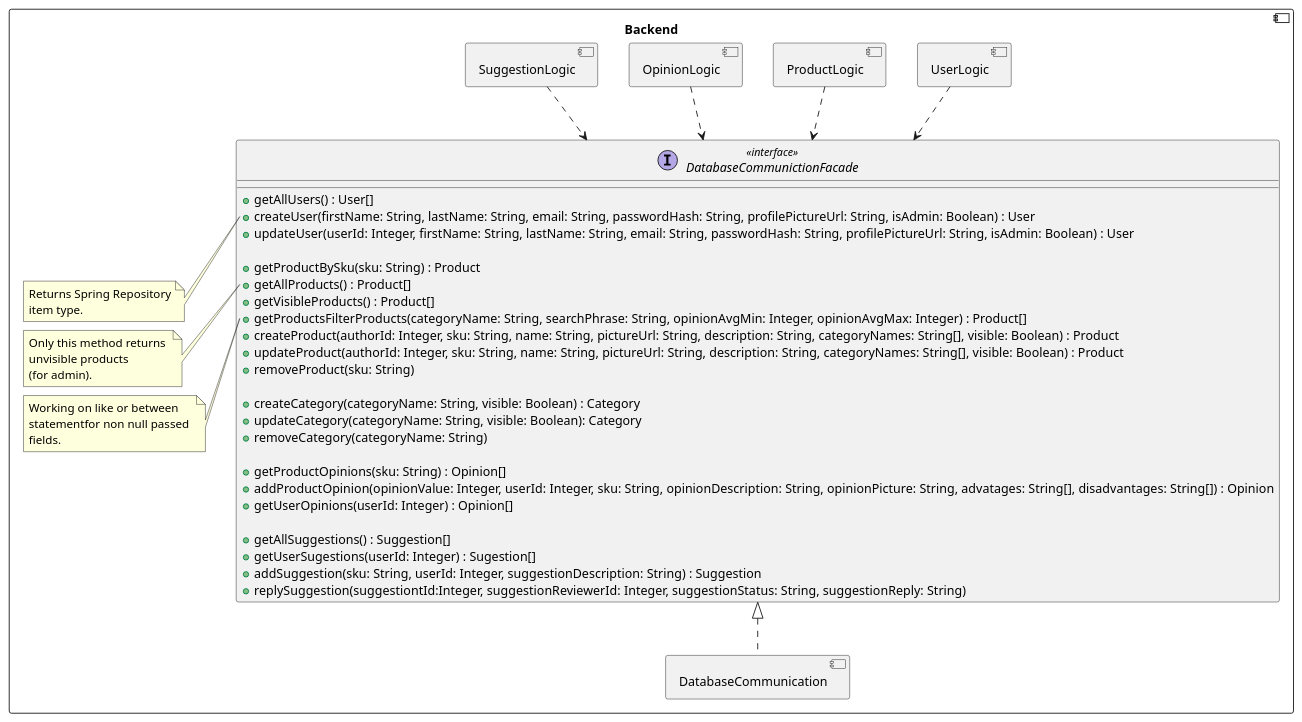
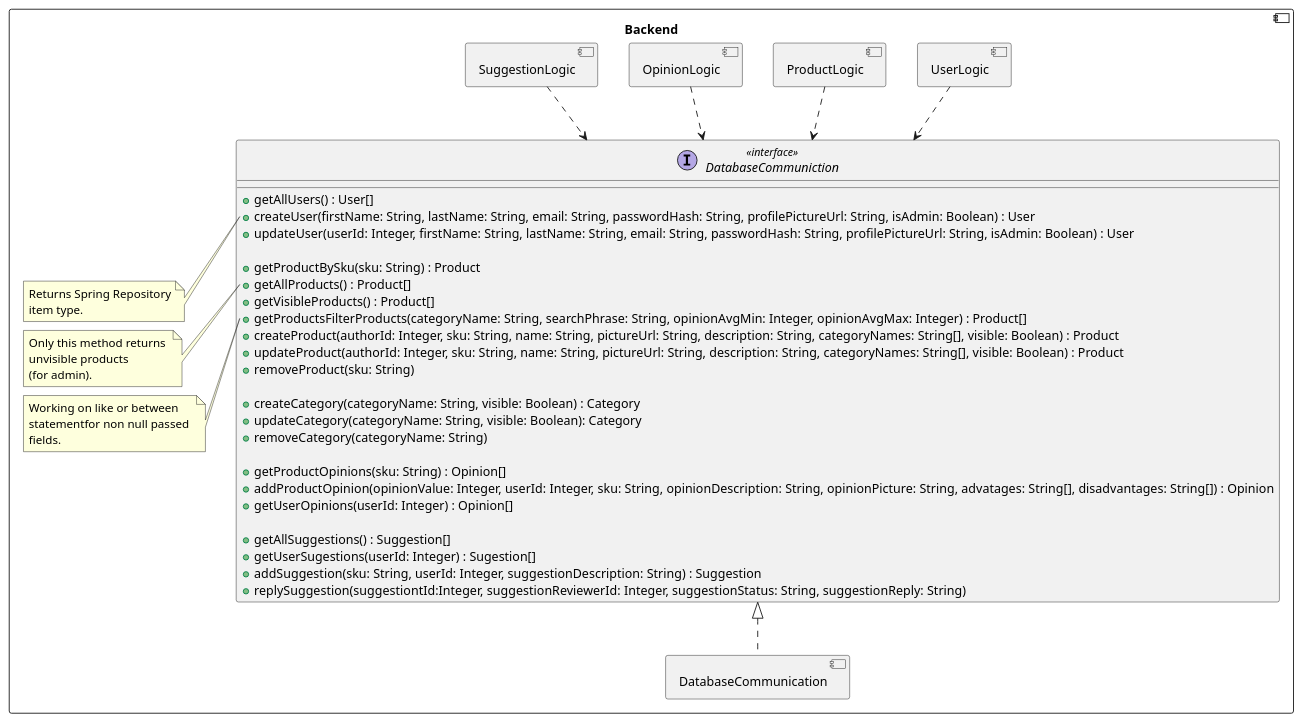
Before and after one commit to RadekBucki/OpinionCollectorArchitecture: the second of 2 diagrams in backend/DatabaseCommunication.md, drawn with PlantUML. The commit also changed 6 other files, not shown here.

````diff
--- a/backend/DatabaseCommunication.md
+++ b/backend/DatabaseCommunication.md
@@ -27,67 +27,67 @@
 ```plantuml
 @startuml
 component Backend {
     component UserLogic {
     }
     component ProductLogic {
     }
     component OpinionLogic {
     }
     component SuggestionLogic {
     }
     
     component DatabaseCommunication {
     }
     
-    interface DatabaseCommunictionFacade <<interface>> {
+    interface DatabaseCommuniction <<interface>> {
         + getAllUsers() : User[]
         + createUser(firstName: String, lastName: String, email: String, passwordHash: String, profilePictureUrl: String, isAdmin: Boolean) : User
         + updateUser(userId: Integer, firstName: String, lastName: String, email: String, passwordHash: String, profilePictureUrl: String, isAdmin: Boolean) : User
     
         + getProductBySku(sku: String) : Product
         + getAllProducts() : Product[]
         + getVisibleProducts() : Product[]
         + getProductsFilterProducts(categoryName: String, searchPhrase: String, opinionAvgMin: Integer, opinionAvgMax: Integer) : Product[]
         + createProduct(authorId: Integer, sku: String, name: String, pictureUrl: String, description: String, categoryNames: String[], visible: Boolean) : Product
         + updateProduct(authorId: Integer, sku: String, name: String, pictureUrl: String, description: String, categoryNames: String[], visible: Boolean) : Product
         + removeProduct(sku: String)
 
         + createCategory(categoryName: String, visible: Boolean) : Category
         + updateCategory(categoryName: String, visible: Boolean): Category
         + removeCategory(categoryName: String)
         
         + getProductOpinions(sku: String) : Opinion[]
         + addProductOpinion(opinionValue: Integer, userId: Integer, sku: String, opinionDescription: String, opinionPicture: String, advatages: String[], disadvantages: String[]) : Opinion
         + getUserOpinions(userId: Integer) : Opinion[]
         
         + getAllSuggestions() : Suggestion[]
         + getUserSugestions(userId: Integer) : Sugestion[]
         + addSuggestion(sku: String, userId: Integer, suggestionDescription: String) : Suggestion
         + replySuggestion(suggestiontId:Integer, suggestionReviewerId: Integer, suggestionStatus: String, suggestionReply: String)
     }
-    note left of DatabaseCommunictionFacade::createUser
+    note left of DatabaseCommuniction::createUser
         Returns Spring Repository
         item type.
     endnote
     
-    note left of DatabaseCommunictionFacade::getAllProducts
+    note left of DatabaseCommuniction::getAllProducts
         Only this method returns 
         unvisible products
         (for admin).
     endnote
     
-    note left of DatabaseCommunictionFacade::getProductsFilterProducts
+    note left of DatabaseCommuniction::getProductsFilterProducts
         Working on like or between 
         statementfor non null passed 
         fields.
     endnote
     
-    UserLogic                   ..>  DatabaseCommunictionFacade
-    ProductLogic                ..>  DatabaseCommunictionFacade
-    OpinionLogic                ..>  DatabaseCommunictionFacade
-    SuggestionLogic             ..>  DatabaseCommunictionFacade
-    DatabaseCommunictionFacade  <|..  DatabaseCommunication
+    UserLogic                   ..>  DatabaseCommuniction
+    ProductLogic                ..>  DatabaseCommuniction
+    OpinionLogic                ..>  DatabaseCommuniction
+    SuggestionLogic             ..>  DatabaseCommuniction
+    DatabaseCommuniction        <|..  DatabaseCommunication
 }
 
 @enduml 
 ```
````
